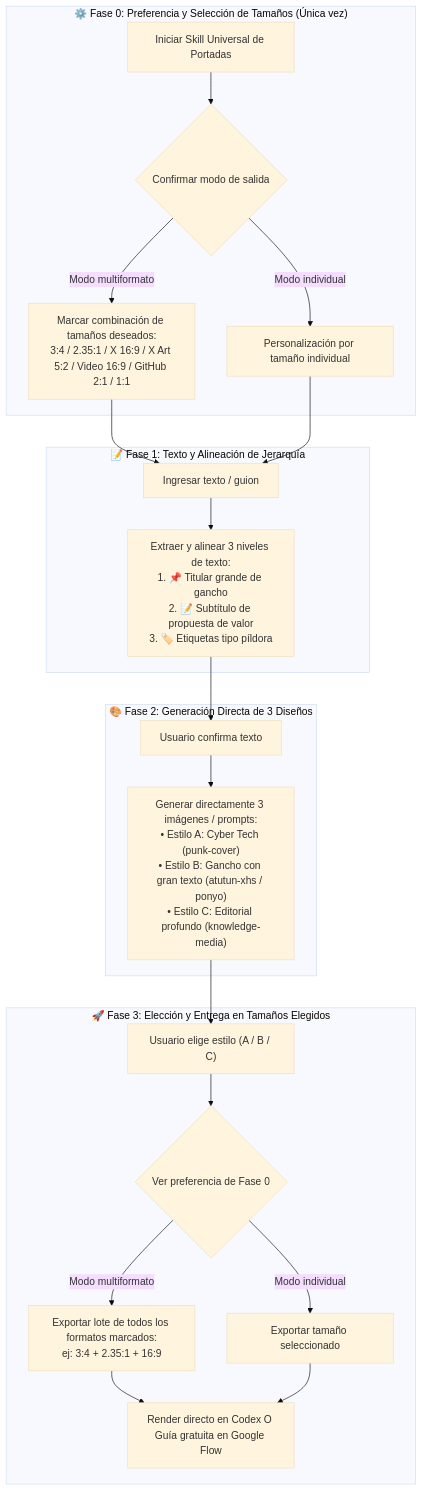
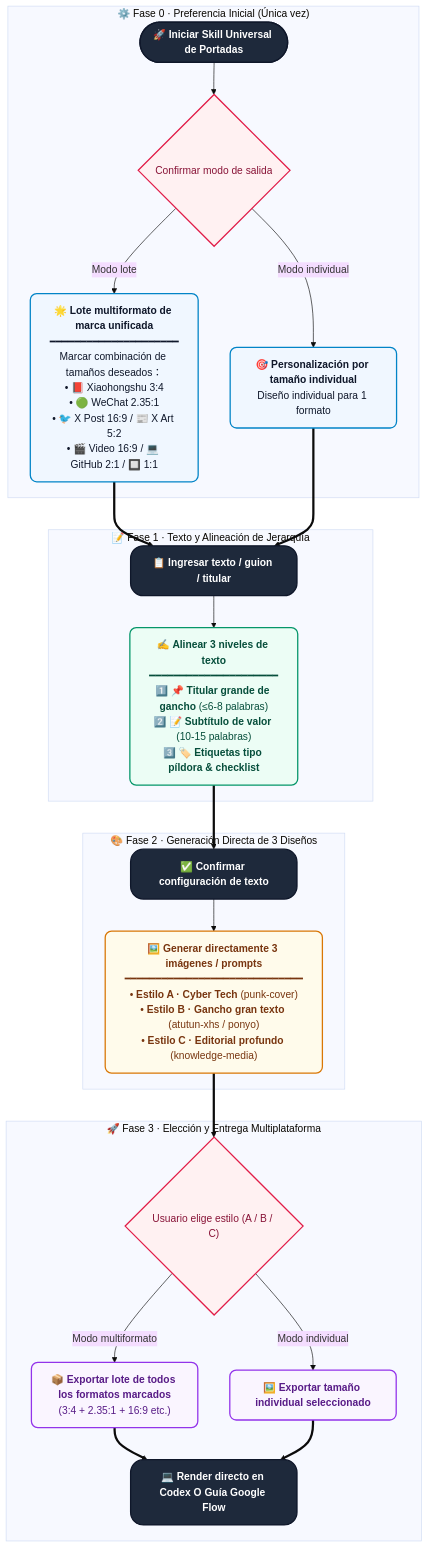
The first of 2 diagrams in README.es.md (kaomei/cover-studio), drawn with Mermaid (base theme) before and after one commit. The commit also changed other lines of this file and 7 other files, not shown here.

Commit message:
style(docs): elevate Mermaid flowchart UI with modern SaaS color palettes, card boxes and glowing borders

````diff
--- a/README.es.md
+++ b/README.es.md
@@ -39,29 +39,48 @@
 ```mermaid
 flowchart TD
-    subgraph S0["⚙️ Fase 0: Preferencia y Selección de Tamaños (Única vez)"]
-        A0["Iniciar Skill Universal de Portadas"] --> A1{"Confirmar modo de salida"}
-        A1 -->|"Modo multiformato"| A2["Marcar combinación de tamaños deseados:<br/>3:4 / 2.35:1 / X 16:9 / X Art 5:2 / Video 16:9 / GitHub 2:1 / 1:1"]
-        A1 -->|"Modo individual"| A3["Personalización por tamaño individual"]
+    classDef setupBox fill:#f0f7ff,stroke:#0284c7,stroke-width:2px,color:#0f172a,rx:10px,ry:10px;
+    classDef textBox fill:#ecfdf5,stroke:#059669,stroke-width:2px,color:#064e3b,rx:10px,ry:10px;
+    classDef genBox fill:#fffbeb,stroke:#d97706,stroke-width:2px,color:#78350f,rx:10px,ry:10px;
+    classDef deliverBox fill:#faf5ff,stroke:#9333ea,stroke-width:2px,color:#581c87,rx:10px,ry:10px;
+    classDef decision fill:#fff1f2,stroke:#e11d48,stroke-width:2px,color:#881337,rx:6px,ry:6px;
+    classDef action fill:#1e293b,stroke:#0f172a,stroke-width:2px,color:#ffffff,font-weight:bold,rx:20px,ry:20px;
+
+    subgraph S0 ["⚙️ Fase 0 · Preferencia Inicial (Única vez)"]
+        A0(["🚀 Iniciar Skill Universal de Portadas"]):::action
+        A1{"Confirmar modo de salida"}:::decision
+        A2["🌟 <b>Lote multiformato de marca unificada</b><br/>━━━━━━━━━━━━━━━━━━━━━<br/>Marcar combinación de tamaños deseados：<br/>• 📕 Xiaohongshu 3:4<br/>• 🟢 WeChat 2.35:1<br/>• 🐦 X Post 16:9 / 📰 X Art 5:2<br/>• 🎬 Video 16:9 / 💻 GitHub 2:1 / 🔲 1:1"]:::setupBox
+        A3["🎯 <b>Personalización por tamaño individual</b><br/>Diseño individual para 1 formato"]:::setupBox
+        A0 --> A1
+        A1 -->|"Modo lote"| A2
+        A1 -->|"Modo individual"| A3
     end
 
-    subgraph S1["📝 Fase 1: Texto y Alineación de Jerarquía"]
-        B0["Ingresar texto / guion"] --> B1["Extraer y alinear 3 niveles de texto:<br/>1. 📌 Titular grande de gancho<br/>2. 📝 Subtítulo de propuesta de valor<br/>3. 🏷️ Etiquetas tipo píldora"]
+    subgraph S1 ["📝 Fase 1 · Texto y Alineación de Jerarquía"]
+        B0["📋 Ingresar texto / guion / titular"]:::action
+        B1["✍️ <b>Alinear 3 niveles de texto</b><br/>━━━━━━━━━━━━━━━━━━━━━<br/>1️⃣ 📌 <b>Titular grande de gancho</b> (≤6-8 palabras)<br/>2️⃣ 📝 <b>Subtítulo de valor</b> (10-15 palabras)<br/>3️⃣ 🏷️ <b>Etiquetas tipo píldora & checklist</b>"]:::textBox
+        B0 --> B1
     end
 
-    subgraph S2["🎨 Fase 2: Generación Directa de 3 Diseños"]
-        C0["Usuario confirma texto"] --> C1["Generar directamente 3 imágenes / prompts:<br/>• Estilo A: Cyber Tech (punk-cover)<br/>• Estilo B: Gancho con gran texto (atutun-xhs / ponyo)<br/>• Estilo C: Editorial profundo (knowledge-media)"]
+    subgraph S2 ["🎨 Fase 2 · Generación Directa de 3 Diseños"]
+        C0["✅ Confirmar configuración de texto"]:::action
+        C1["🖼️ <b>Generar directamente 3 imágenes / prompts</b><br/>━━━━━━━━━━━━━━━━━━━━━━━━━━━━━<br/>• <b>Estilo A · Cyber Tech</b> (punk-cover)<br/>• <b>Estilo B · Gancho gran texto</b> (atutun-xhs / ponyo)<br/>• <b>Estilo C · Editorial profundo</b> (knowledge-media)"]:::genBox
+        C0 --> C1
     end
 
-    subgraph S3["🚀 Fase 3: Elección y Entrega en Tamaños Elegidos"]
-        D0["Usuario elige estilo (A / B / C)"] --> D1{"Ver preferencia de Fase 0"}
-        D1 -->|"Modo multiformato"| D2["Exportar lote de todos los formatos marcados:<br/>ej: 3:4 + 2.35:1 + 16:9"]
-        D1 -->|"Modo individual"| D3["Exportar tamaño seleccionado"]
-        D2 --> D4["Render directo en Codex O Guía gratuita en Google Flow"]
-        D3 --> D4
+    subgraph S3 ["🚀 Fase 3 · Elección y Entrega Multiplataforma"]
+        D0{"Usuario elige estilo (A / B / C)"}:::decision
+        D1["📦 <b>Exportar lote de todos los formatos marcados</b><br/>(3:4 + 2.35:1 + 16:9 etc.)"]:::deliverBox
+        D2["🖼️ <b>Exportar tamaño individual seleccionado</b>"]:::deliverBox
+        D3["💻 <b>Render directo en Codex O Guía Google Flow</b>"]:::action
+
+        D0 -->|"Modo multiformato"| D1
+        D0 -->|"Modo individual"| D2
+        D1 ==> D3
+        D2 ==> D3
     end
 
-    A2 --> B0
-    A3 --> B0
-    B1 --> C0
-    C1 --> D0
+    A2 ==> B0
+    A3 ==> B0
+    B1 ==> C0
+    C1 ==> D0
 ```
````
